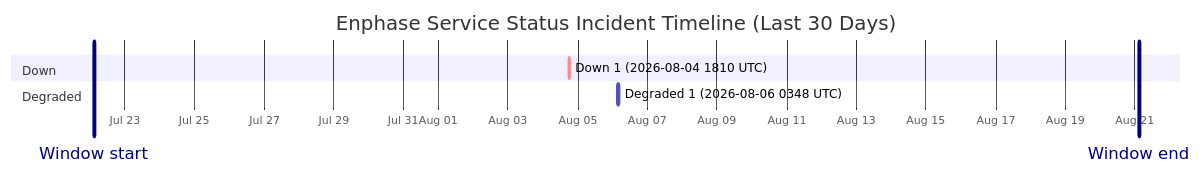
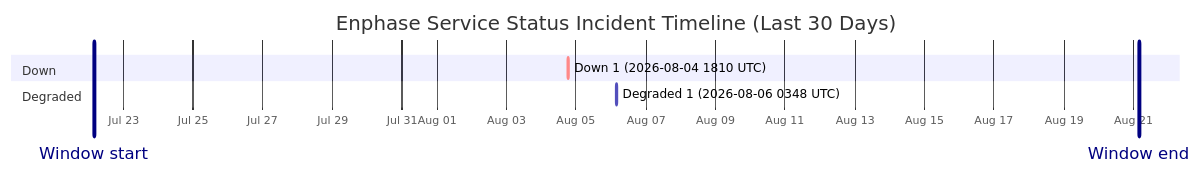
Before and after one commit to barneyonline/ha-enphase-energy: the diagram in wiki/Service-Status-History.md, drawn with Mermaid. The commit also changed other lines of this file and 3 other files, not shown here.

````diff
--- a/wiki/Service-Status-History.md
+++ b/wiki/Service-Status-History.md
@@ -14,12 +14,12 @@
 ```mermaid
 gantt
     title Enphase Service Status Incident Timeline (Last 30 Days)
     dateFormat  YYYY-MM-DDTHH:mm:ss
     axisFormat  %b %d
-    Window start :vert, window-start, 2026-07-22T02:43:12, 0ms
-    Window end :vert, window-end, 2026-08-21T02:43:12, 0ms
+    Window start :vert, window-start, 2026-07-22T03:48:41, 0ms
+    Window end :vert, window-end, 2026-08-21T03:48:41, 0ms
     section Down
     Down 1 (2026-08-04 1810 UTC) :crit, down-1, 2026-08-04T18:10:46, 60m
     section Degraded
     Degraded 1 (2026-08-06 0348 UTC) :active, degraded-1, 2026-08-06T03:48:14, 60m
 ```
````
